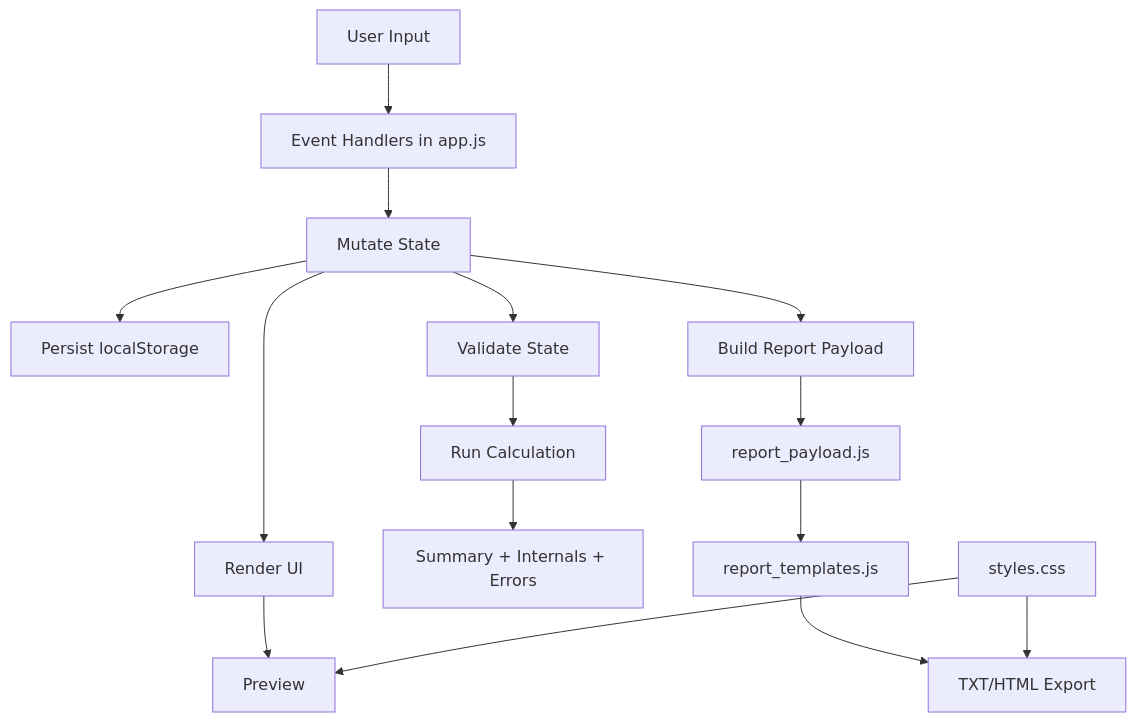
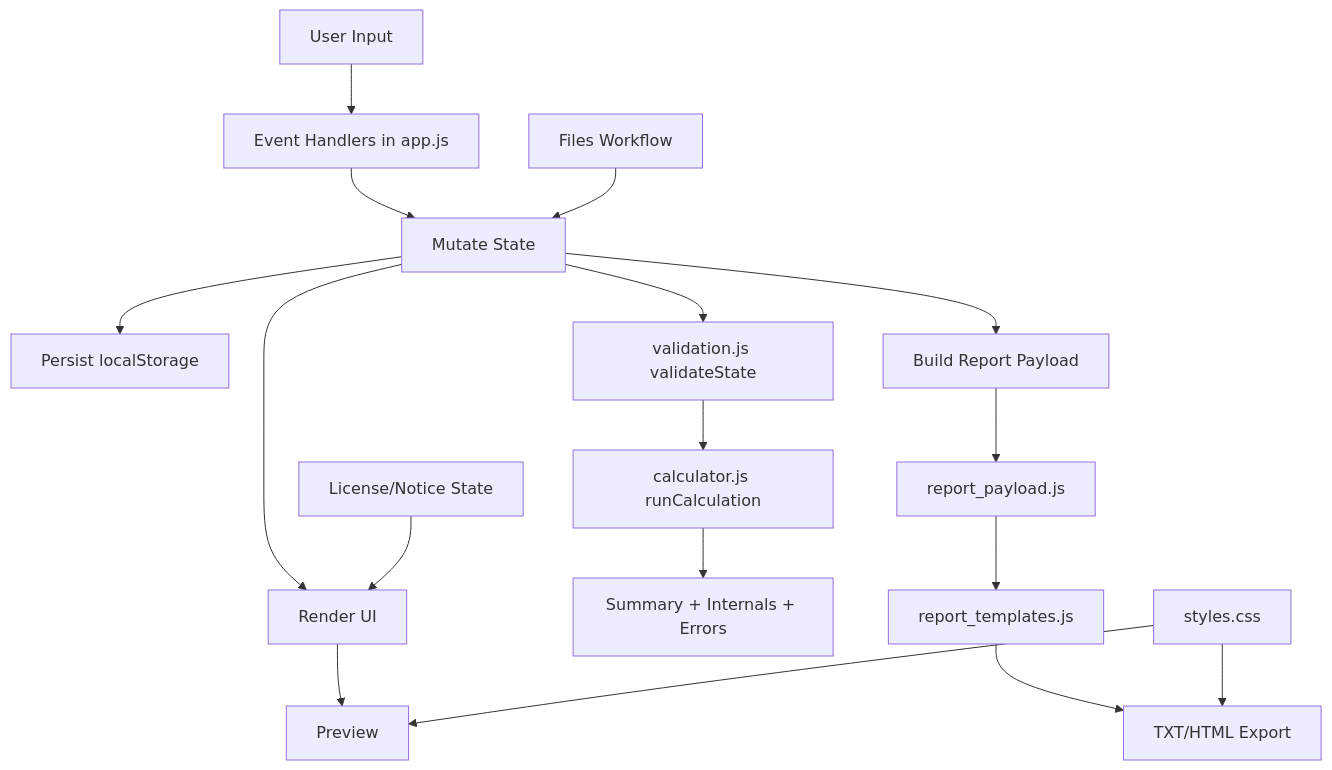
One commit to cipherfall-tcg/ccg-builder changed the diagram in DATAFLOW.md. Above: the diagram before and after it, drawn with Mermaid. The commit also changed other lines of this file and 6 other files, not shown here.

````diff
--- a/DATAFLOW.md
+++ b/DATAFLOW.md
@@ -3,18 +3,21 @@
 ```mermaid
 flowchart TD
   A[User Input] --> B[Event Handlers in app.js]
   B --> C[Mutate State]
   C --> D[Persist localStorage]
   C --> E[Render UI]
-  C --> F[Validate State]
-  F --> G[Run Calculation]
+  C --> F[validation.js validateState]
+  F --> G[calculator.js runCalculation]
   G --> H[Summary + Internals + Errors]
 
   C --> I[Build Report Payload]
   I --> J[report_payload.js]
   J --> K[report_templates.js]
   E --> L[Preview]
   K --> M[TXT/HTML Export]
   N[styles.css] --> M
   N --> L
+
+  O[License/Notice State] --> E
+  P[Files Workflow] --> C
 ```
````
